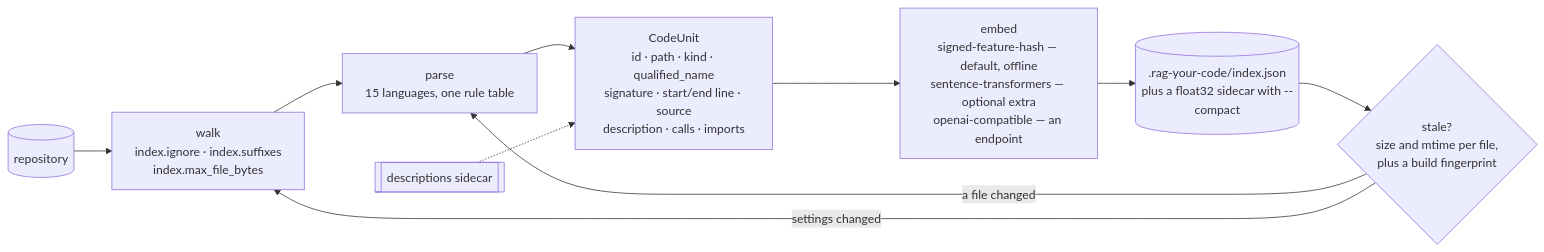
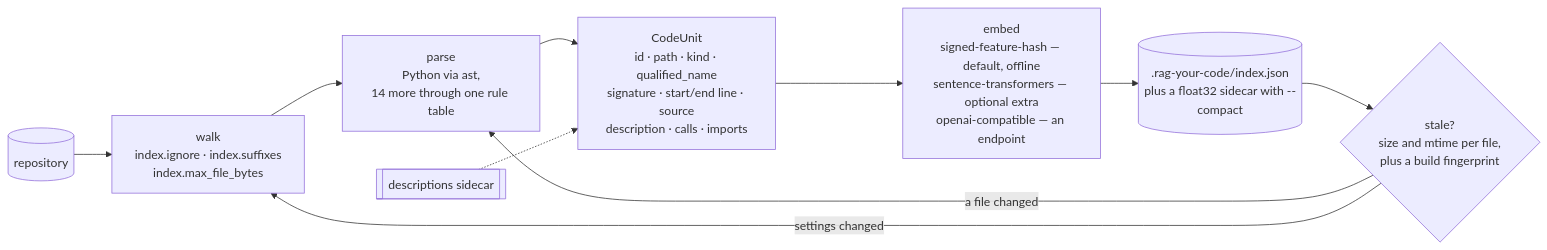
Before and after one commit to skymanbp/rag-your-code: the second of 4 diagrams in docs/FLOW.md, drawn with Mermaid. The commit also changed other lines of this file and 15 other files, not shown here.

````diff
--- a/docs/FLOW.md
+++ b/docs/FLOW.md
@@ -39,12 +39,12 @@
 ```mermaid
 flowchart LR
     R[("repository")] --> W["walk<br/>index.ignore · index.suffixes<br/>index.max_file_bytes"]
-    W --> P["parse<br/>15 languages, one rule table"]
+    W --> P["parse<br/>Python via ast,<br/>14 more through one rule table"]
     P --> U["CodeUnit<br/>id · path · kind · qualified_name<br/>signature · start/end line · source<br/>description · calls · imports"]
     D[["descriptions sidecar"]] -.-> U
     U --> V["embed<br/>signed-feature-hash — default, offline<br/>sentence-transformers — optional extra<br/>openai-compatible — an endpoint"]
     V --> J[(".rag-your-code/index.json<br/>plus a float32 sidecar with --compact")]
     J --> S{"stale?<br/>size and mtime per file,<br/>plus a build fingerprint"}
     S -- "a file changed" --> P
     S -- "settings changed" --> W
 ```
````
